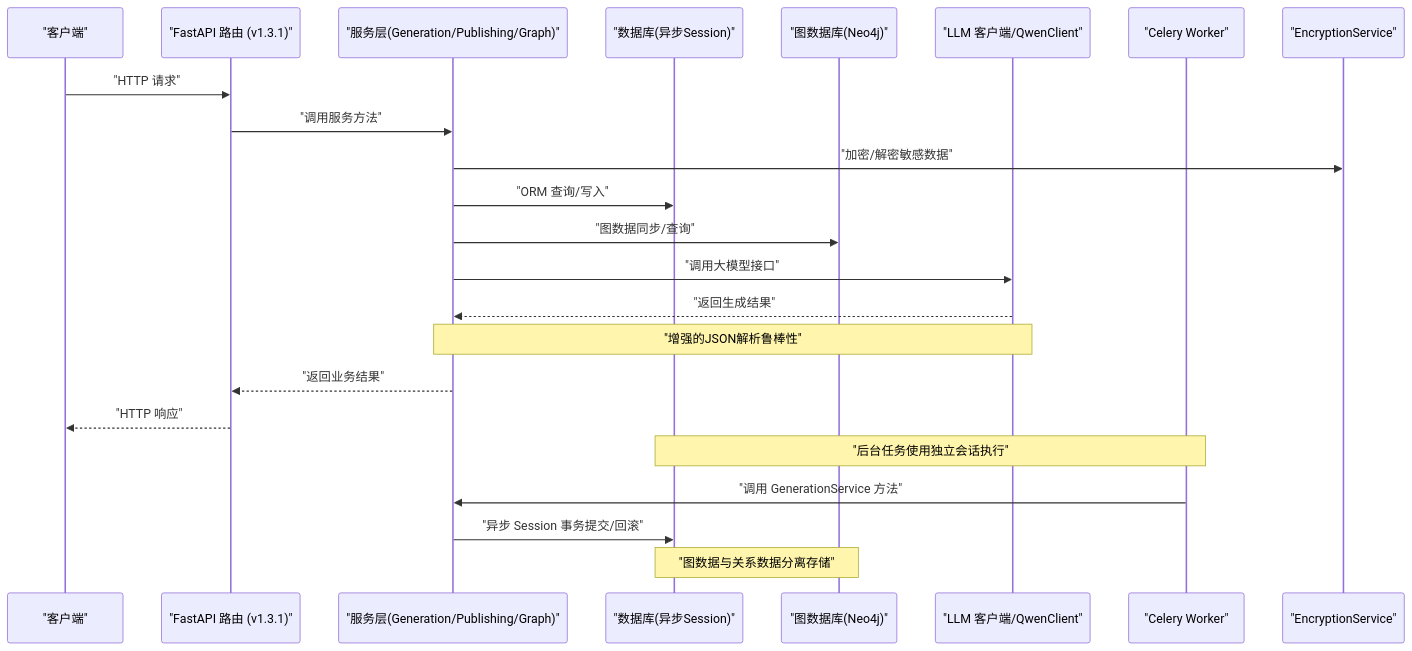
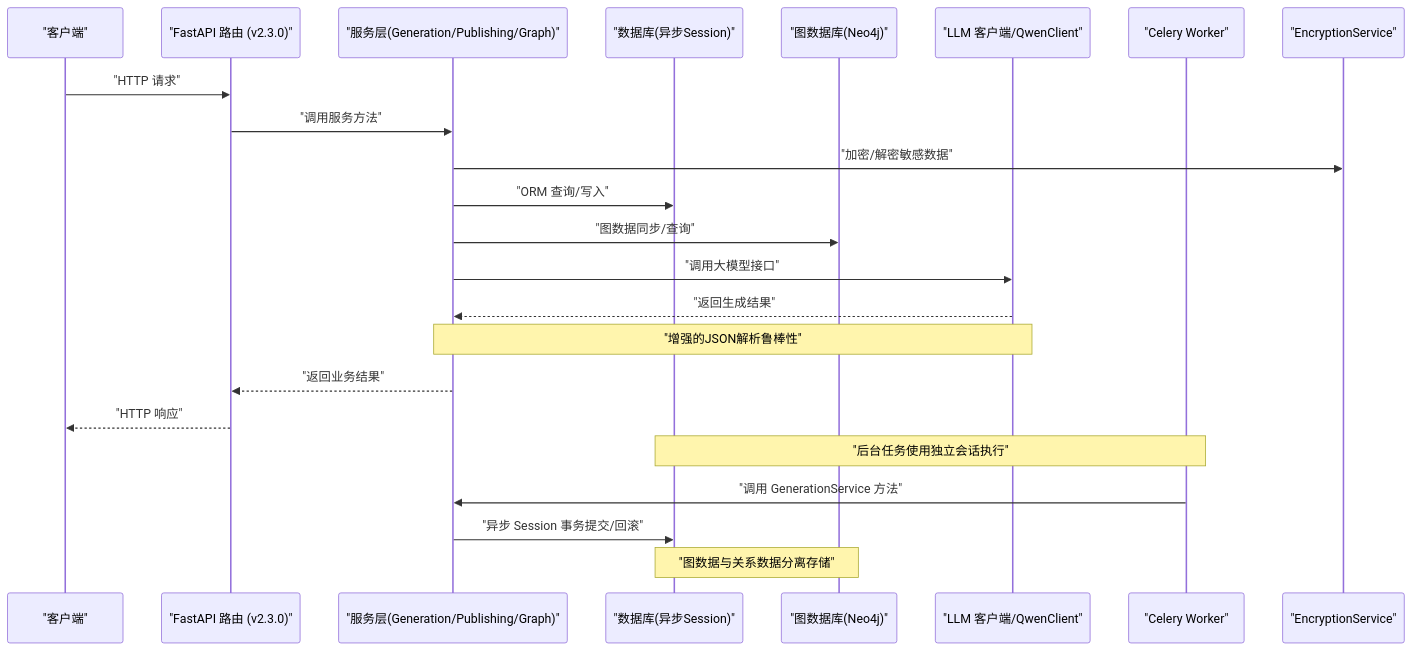
Before and after one commit to xfbyxq/ai-novel-system: the second of 13 diagrams in .qoder/repowiki/zh/content/后端架构/后端架构.md, drawn with Mermaid. The commit also changed other lines of this file and 11 other files, not shown here.

````diff
--- a/.qoder/repowiki/zh/content/后端架构/后端架构.md
+++ b/.qoder/repowiki/zh/content/后端架构/后端架构.md
@@ -219,25 +223,25 @@
 ```mermaid
 sequenceDiagram
 participant Client as "客户端"
-participant API as "FastAPI 路由 (v1.3.1)"
+participant API as "FastAPI 路由 (v2.3.0)"
 participant Svc as "服务层(Generation/Publishing/Graph)"
 participant DB as "数据库(异步Session)"
 participant GDB as "图数据库(Neo4j)"
 participant LLM as "LLM 客户端/QwenClient"
 participant Celery as "Celery Worker"
 participant Enc as "EncryptionService"
 Client->>API : "HTTP 请求"
 API->>Svc : "调用服务方法"
 Svc->>Enc : "加密/解密敏感数据"
 Svc->>DB : "ORM 查询/写入"
 Svc->>GDB : "图数据同步/查询"
 Svc->>LLM : "调用大模型接口"
 LLM-->>Svc : "返回生成结果"
 Note over Svc,LLM : "增强的JSON解析鲁棒性"
 Svc-->>API : "返回业务结果"
 API-->>Client : "HTTP 响应"
 Note over Celery,DB : "后台任务使用独立会话执行"
 Celery->>Svc : "调用 GenerationService 方法"
 Svc->>DB : "异步 Session 事务提交/回滚"
 Note over GDB,DB : "图数据与关系数据分离存储"
 ```
````
